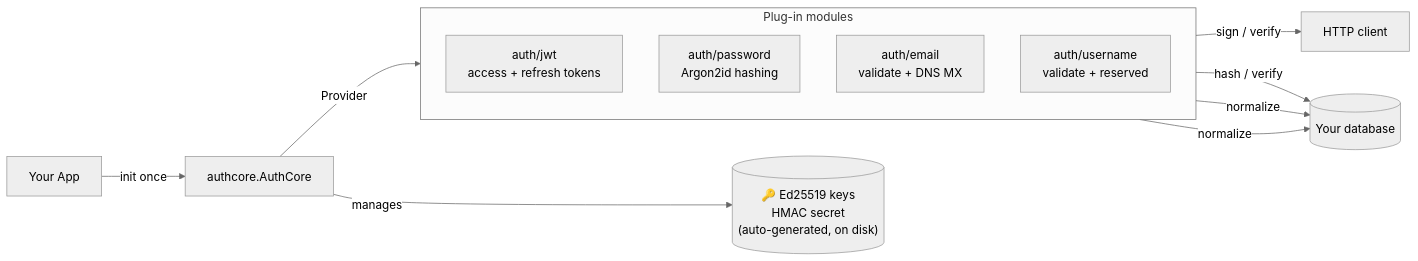
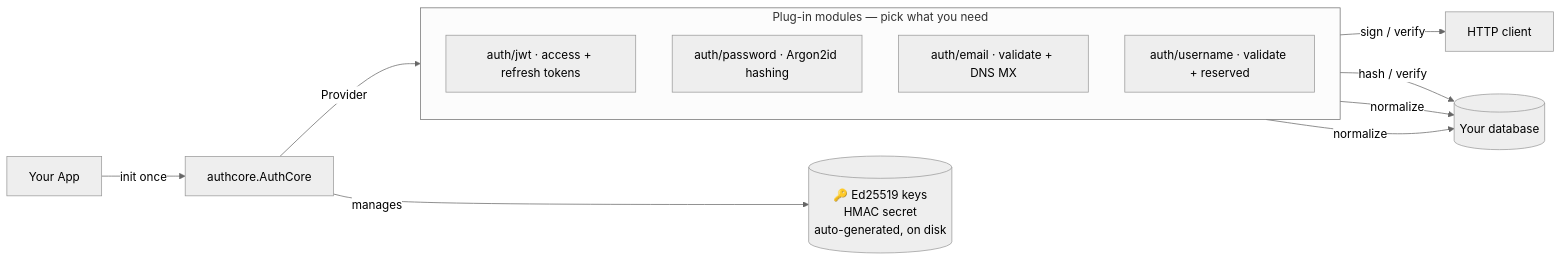
The diagram in README.md (Glyndor/authcore), drawn with Mermaid (neutral theme) before and after one commit. The commit also changed other lines of this file and 10 other files, not shown here.

````diff
--- a/README.md
+++ b/README.md
@@ -37,17 +18,17 @@
 ```mermaid
 flowchart LR
     App["Your App"] -->|init once| Core["authcore.AuthCore"]
-    Core -->|manages| Keys[("🔑 Ed25519 keys<br/>HMAC secret<br/>(auto-generated, on disk)")]
+    Core -->|manages| Keys[("🔑 Ed25519 keys<br/>HMAC secret<br/>auto-generated, on disk")]
     Core -->|Provider| Mods
-    subgraph Mods["Plug-in modules"]
+    subgraph Mods["Plug-in modules — pick what you need"]
         direction TB
-        JWT["auth/jwt<br/>access + refresh tokens"]
-        Pwd["auth/password<br/>Argon2id hashing"]
-        Email["auth/email<br/>validate + DNS MX"]
-        User["auth/username<br/>validate + reserved"]
+        JWT["auth/jwt · access + refresh tokens"]
+        Pwd["auth/password · Argon2id hashing"]
+        Email["auth/email · validate + DNS MX"]
+        User["auth/username · validate + reserved"]
     end
     JWT -->|sign / verify| Client["HTTP client"]
     Pwd -->|hash / verify| DB[("Your database")]
     Email -->|normalize| DB
     User -->|normalize| DB
 ```
````
